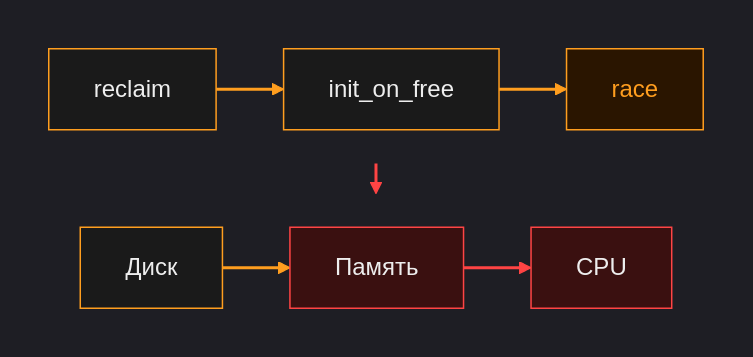
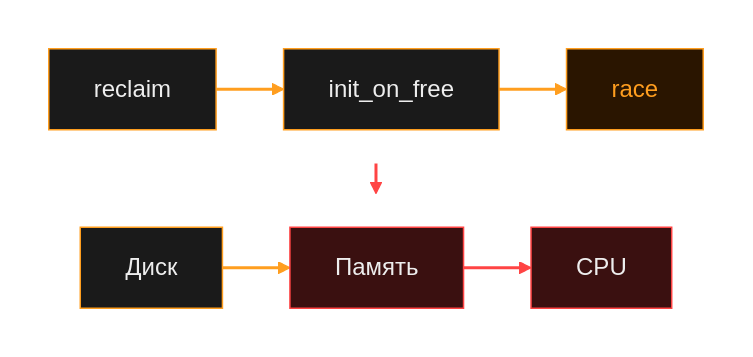
One commit to polarnik/postgresql-system-issue-story changed the diagram in docs/diagrams/mmap-4.mmd. Above: the diagram before and after it, drawn with Mermaid. The commit also changed 32 other files, not shown here.

Commit message:
initial state of diagrams

```diff
--- a/docs/diagrams/mmap-4.mmd
+++ b/docs/diagrams/mmap-4.mmd
@@ -1,28 +1,28 @@
-%%{init: {'theme': 'dark', 'themeVariables': { 'primaryColor': '#000000', 'primaryTextColor': '#eee', 'lineColor': '#ff9e1f'}, 'flowchart': { 'nodeSpacing': 25, 'rankSpacing': 20 }}}%%
+%%{init: {'theme': 'base', 'themeVariables': { 'darkMode': true, 'background': '#000000', 'primaryColor': '#ff9e1f', 'primaryTextColor': '#fff', 'primaryBorderColor': '#cc7e19', 'secondaryColor': '#111111', 'secondaryTextColor': '#fff', 'tertiaryColor': '#111111', 'lineColor': '#ff9e1f', 'textColor': '#fff', 'mainBkg': '#111111', 'fontFamily': 'Roboto, sans-serif'}, 'flowchart': { 'nodeSpacing': 25, 'rankSpacing': 20 }}}%%
 
 flowchart TB
     classDef done fill:#1a1a1a,stroke:#ff9e1f,color:#eee
     classDef active fill:#2a1500,stroke:#ff9e1f,color:#ff9e1f
     classDef pending fill:#111111,stroke:#444,color:#666
     classDef error fill:#3a1010,stroke:#ff4444,color:#eee
 
     subgraph S1 [" "]
         direction LR
         D["Диск"]:::done --> M["Память"]:::error --> CPU["CPU"]:::error
     end
 
     subgraph S2 [" "]
         direction LR
         R["reclaim"]:::done --> I["init_on_free"]:::done --> BUG["race"]:::active
     end
 
     S2 --> M
 
     linkStyle 0 stroke:#ff9e1f,stroke-width:2px
     linkStyle 1 stroke:#ff4444,stroke-width:2px
     linkStyle 2 stroke:#ff9e1f,stroke-width:2px
     linkStyle 3 stroke:#ff9e1f,stroke-width:2px
     linkStyle 4 stroke:#ff4444,stroke-width:2px
 
     style S1 fill:transparent,stroke:transparent
     style S2 fill:transparent,stroke:transparent
```
